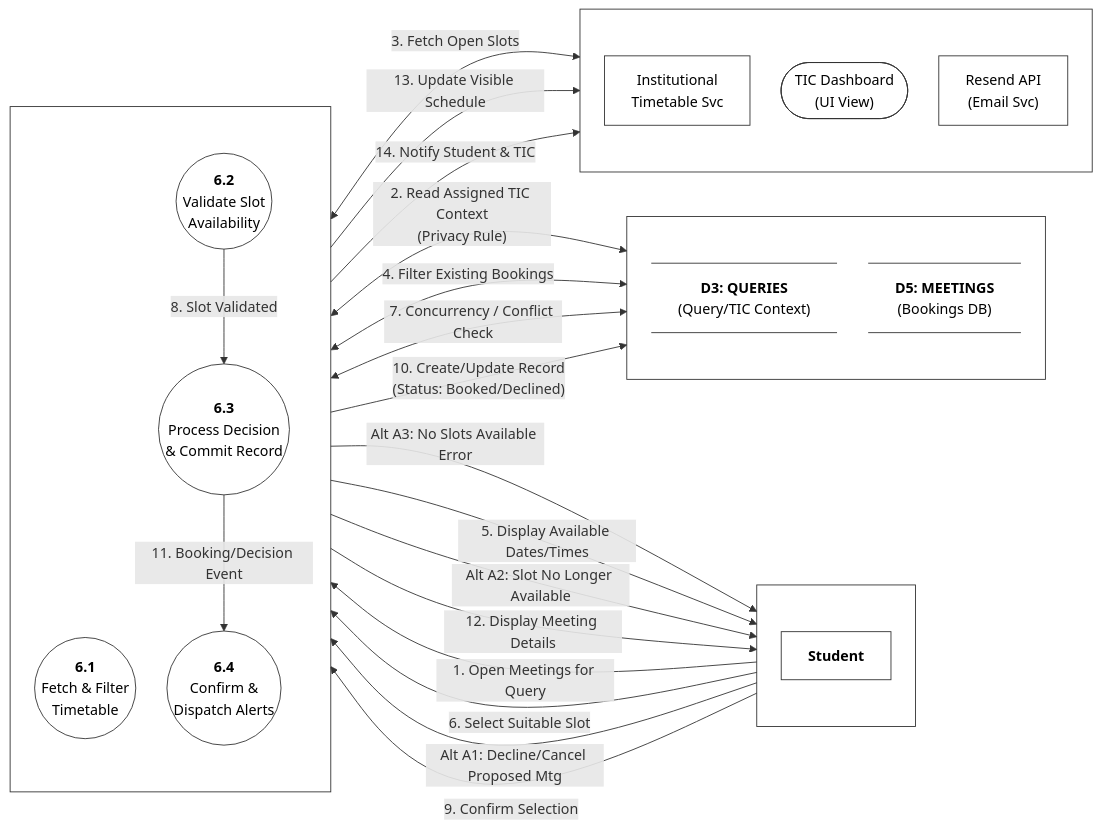
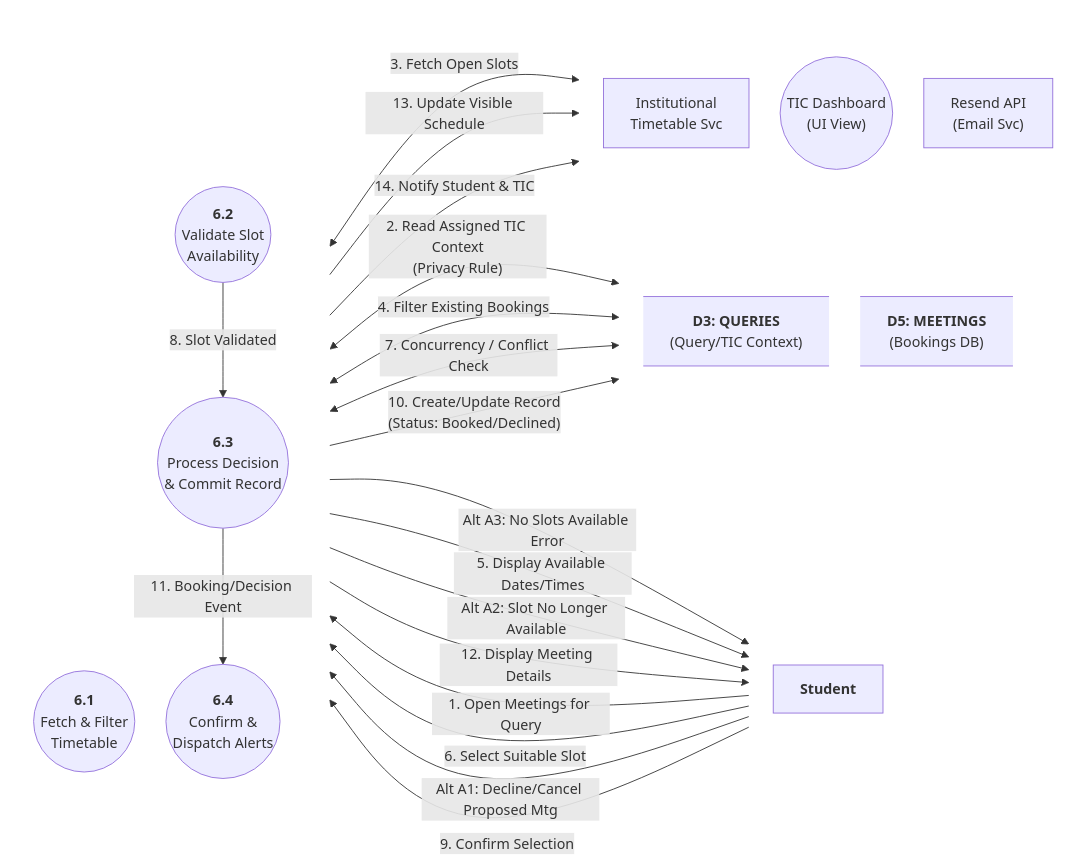
Before and after one commit to aryanhrc3428/Semester-5: the diagram in SE/ideathon/documents/L2-DFD-S06.mmd, drawn with Mermaid. The commit also changed 43 other files, not shown here.

```diff
--- a/SE/ideathon/documents/L2-DFD-S06.mmd
+++ b/SE/ideathon/documents/L2-DFD-S06.mmd
@@ -1,94 +1,84 @@
 %%{init: {
   "flowchart": {
     "htmlLabels": true,
     "nodeSpacing": 35,
     "rankSpacing": 80,
     "padding": 15
   }
 }}%%
 flowchart LR
 
     %% -------------------------------------------------------------
     %% COLUMN 1: ACTORS
     %% -------------------------------------------------------------
     subgraph Actors [" "]
         direction TB
         Student["<b>Student</b>"]
     end
 
     %% -------------------------------------------------------------
     %% COLUMN 2: SUB-PROCESSES (Decomposition of 6.0)
     %% -------------------------------------------------------------
     subgraph SubProcesses [" "]
         direction TB
         P6_1(("<b>6.1</b><br/>Fetch &amp; Filter<br/>Timetable"))
         P6_2(("<b>6.2</b><br/>Validate Slot<br/>Availability"))
         P6_3(("<b>6.3</b><br/>Process Decision<br/>&amp; Commit Record"))
         P6_4(("<b>6.4</b><br/>Confirm &amp;<br/>Dispatch Alerts"))
     end
 
     %% -------------------------------------------------------------
     %% COLUMN 3: DATA STORES
     %% -------------------------------------------------------------
     subgraph DataStores [" "]
         direction TB
         D3@{ shape: datastore, label: "<b>D3: QUERIES</b><br/>(Query/TIC Context)" }
         D5@{ shape: datastore, label: "<b>D5: MEETINGS</b><br/>(Bookings DB)" }
     end
 
     %% -------------------------------------------------------------
     %% COLUMN 4: EXTERNAL SERVICES & SINKS
     %% -------------------------------------------------------------
     subgraph ExtServices [" "]
         direction TB
         ExtTimetable["Institutional<br/>Timetable Svc"]
-        TICDash(["TIC Dashboard<br/>(UI View)"])
+        TICDash(("TIC Dashboard<br/>(UI View)"))
         ExtEmail["Resend API<br/>(Email Svc)"]
     end
 
     %% =============================================================
     %% DATA FLOWS
     %% =============================================================
 
     %% --- 6.1 Fetch Timetable ---
     Student -->|"1. Open Meetings for Query"| P6_1
     P6_1 <-->|"2. Read Assigned TIC Context<br/>(Privacy Rule)"| D3
     P6_1 <-->|"3. Fetch Open Slots"| ExtTimetable
     P6_1 <-->|"4. Filter Existing Bookings"| D5
     P6_1 -->|"Alt A3: No Slots Available Error"| Student
     
     %% --- 6.2 Validate Slot ---
     P6_1 -->|"5. Display Available Dates/Times"| Student
     Student -->|"6. Select Suitable Slot"| P6_2
     P6_2 <-->|"7. Concurrency / Conflict Check"| D5
     P6_2 -->|"Alt A2: Slot No Longer Available"| Student
     
     %% --- 6.3 Commit Record ---
     P6_2 -->|"8. Slot Validated"| P6_3
     Student -->|"Alt A1: Decline/Cancel Proposed Mtg"| P6_3
     Student -->|"9. Confirm Selection"| P6_3
     P6_3 -->|"10. Create/Update Record<br/>(Status: Booked/Declined)"| D5
     
     %% --- 6.4 Notify & Confirm ---
     P6_3 -->|"11. Booking/Decision Event"| P6_4
     P6_4 -->|"12. Display Meeting Details"| Student
     P6_4 -->|"13. Update Visible Schedule"| TICDash
     P6_4 -->|"14. Notify Student & TIC"| ExtEmail
 
     %% -------------------------------------------------------------
     %% STYLING
     %% -------------------------------------------------------------
-    classDef processStyle fill:#fff,stroke:#333,stroke-width:1px,color:#000
-    classDef storeStyle fill:#fff,stroke:#333,stroke-width:1px,color:#000
-    classDef actorStyle fill:#fff,stroke:#333,stroke-width:1px,color:#000
-    classDef extStyle fill:#fff,stroke:#333,stroke-width:1px,color:#000
-
-    class P6_1,P6_2,P6_3,P6_4 processStyle;
-    class D3,D5 storeStyle;
-    class Student actorStyle;
-    class ExtTimetable,ExtEmail,TICDash extStyle;
-
-    style Actors fill:none,stroke:#333,stroke-width:1px
-    style SubProcesses fill:none,stroke:#333,stroke-width:1px
-    style DataStores fill:none,stroke:#333,stroke-width:1px
-    style ExtServices fill:none,stroke:#333,stroke-width:1px
+    style Actors fill:none, stroke:none
+    style DataStores fill:none, stroke:none
+    style SubProcesses fill:none, stroke:none
+    style ExtServices fill:none, stroke:none
```
